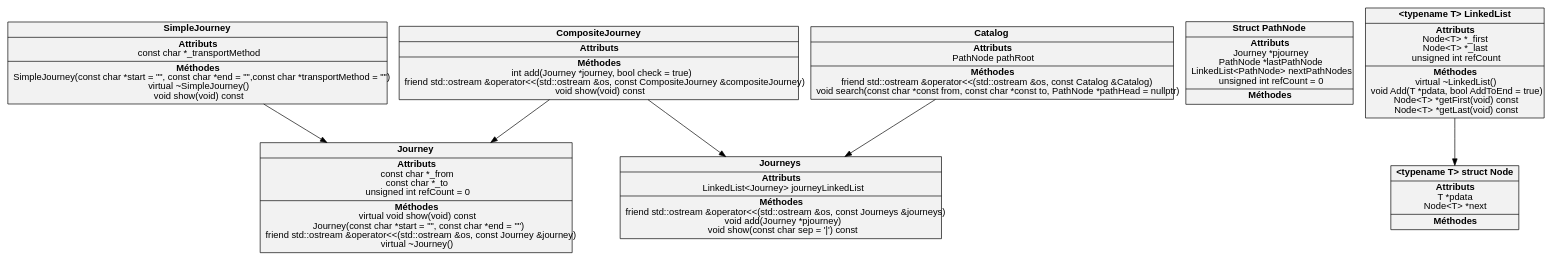
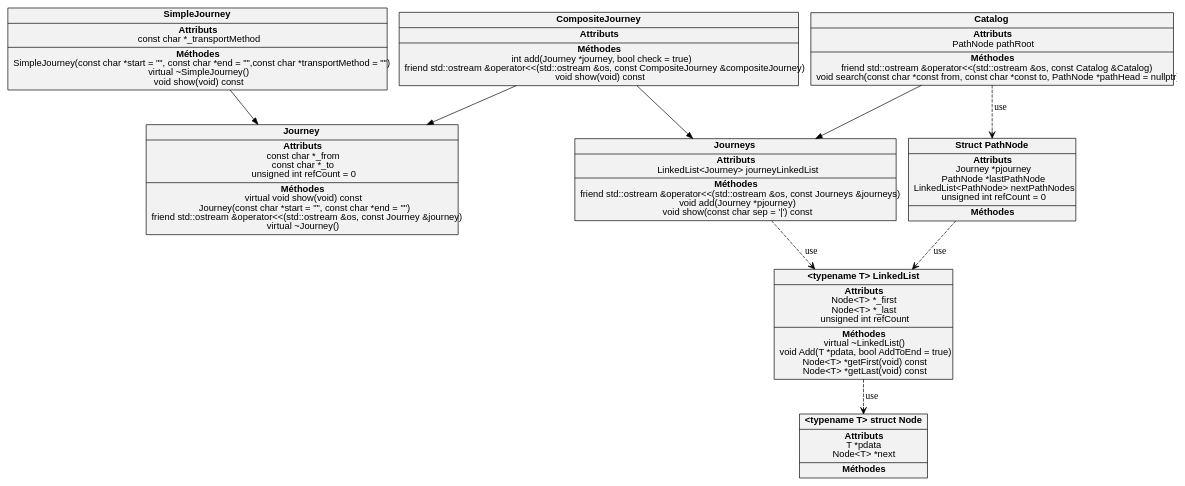
One commit to Snownamida/Cpp-TP2 changed the diagram in 架构图/héritage.dot. Above: the diagram before and after it, drawn with Graphviz. The commit also changed 1 other file, not shown here.

```diff
--- a/架构图/héritage.dot
+++ b/架构图/héritage.dot
@@ -1,49 +1,40 @@
-
 digraph graphname {
+    node [fontname = "Helvetica,Arial,sans-serif"; shape = record; style = filled; fillcolor = gray95;];
     
-	node [
-		fontname="Helvetica,Arial,sans-serif"
-		shape=record
-		style=filled
-		fillcolor=gray95
-	]
     
-
     
-
-	"Journey" [label = <{<b>Journey</b>  |<b>Attributs</b><br/>const char *_from<br/>const char *_to<br/>unsigned int refCount = 0|<b>Méthodes</b><br/>virtual void show(void) const<br/>Journey(const char *start = &quot;&quot;, const char *end = &quot;&quot;)<br/>friend std::ostream &amp;operator&lt;&lt;(std::ostream &amp;os, const Journey &amp;journey)<br/>virtual ~Journey()}>;];
-
-
-	"SimpleJourney" [label = <{<b>SimpleJourney</b>  |<b>Attributs</b><br/>const char *_transportMethod|<b>Méthodes</b><br/>SimpleJourney(const char *start = &quot;&quot;, const char *end = &quot;&quot;,const char *transportMethod = &quot;&quot;)<br/>virtual ~SimpleJourney()<br/>void show(void) const}>;];
-
-
-	"Journeys" [label = <{<b>Journeys</b>  |<b>Attributs</b><br/>LinkedList&lt;Journey&gt; journeyLinkedList|<b>Méthodes</b><br/>friend std::ostream &amp;operator&lt;&lt;(std::ostream &amp;os, const Journeys &amp;journeys)<br/>void add(Journey *pjourney)<br/>void show(const char sep = &#x27;\|&#x27;) const}>;];
-
-
-	"Catalog" [label = <{<b>Catalog</b>  |<b>Attributs</b><br/>PathNode pathRoot<br/>|<b>Méthodes</b><br/>friend std::ostream &amp;operator&lt;&lt;(std::ostream &amp;os, const Catalog &amp;Catalog)<br/>void search(const char *const from, const char *const to, PathNode *pathHead = nullptr)}>;];
-
-
-	"Struct PathNode" [label = <{<b>Struct PathNode</b>  |<b>Attributs</b><br/>Journey *pjourney<br/>PathNode *lastPathNode<br/>LinkedList&lt;PathNode&gt; nextPathNodes<br/>unsigned int refCount = 0|<b>Méthodes</b>}>;];
-
-
-	"CompositeJourney" [label = <{<b>CompositeJourney</b>  |<b>Attributs</b>|<b>Méthodes</b><br/>int add(Journey *journey, bool check = true)<br/>friend std::ostream &amp;operator&lt;&lt;(std::ostream &amp;os, const CompositeJourney &amp;compositeJourney)<br/>void show(void) const}>;];
-
-
-	"<typename T> struct Node" [label = <{<b>&lt;typename T&gt; struct Node</b>  |<b>Attributs</b><br/>T *pdata<br/>Node&lt;T&gt; *next|<b>Méthodes</b>}>;];
-
-
-	"<typename T> LinkedList" [label = <{<b>&lt;typename T&gt; LinkedList</b>  |<b>Attributs</b><br/>Node&lt;T&gt; *_first<br/>Node&lt;T&gt; *_last<br/>unsigned int refCount|<b>Méthodes</b><br/>virtual ~LinkedList()<br/>void Add(T *pdata, bool AddToEnd = true)<br/>Node&lt;T&gt; *getFirst(void) const<br/>Node&lt;T&gt; *getLast(void) const}>;];
-
-    CompositeJourney; 
-    Journeys;
-    Catalog;
+    
+    "Journey" [label = <{<b>Journey</b>  |<b>Attributs</b><br/>const char *_from<br/>const char *_to<br/>unsigned int refCount = 0|<b>Méthodes</b><br/>virtual void show(void) const<br/>Journey(const char *start = &quot;&quot;, const char *end = &quot;&quot;)<br/>friend std::ostream &amp;operator&lt;&lt;(std::ostream &amp;os, const Journey &amp;journey)<br/>virtual ~Journey()}>;];
+    
+    
+    "SimpleJourney" [label = <{<b>SimpleJourney</b>  |<b>Attributs</b><br/>const char *_transportMethod|<b>Méthodes</b><br/>SimpleJourney(const char *start = &quot;&quot;, const char *end = &quot;&quot;,const char *transportMethod = &quot;&quot;)<br/>virtual ~SimpleJourney()<br/>void show(void) const}>;];
+    
+    
+    "Journeys" [label = <{<b>Journeys</b>  |<b>Attributs</b><br/>LinkedList&lt;Journey&gt; journeyLinkedList|<b>Méthodes</b><br/>friend std::ostream &amp;operator&lt;&lt;(std::ostream &amp;os, const Journeys &amp;journeys)<br/>void add(Journey *pjourney)<br/>void show(const char sep = &#x27;\|&#x27;) const}>;];
+    
+    
+    "Catalog" [label = <{<b>Catalog</b>  |<b>Attributs</b><br/>PathNode pathRoot<br/>|<b>Méthodes</b><br/>friend std::ostream &amp;operator&lt;&lt;(std::ostream &amp;os, const Catalog &amp;Catalog)<br/>void search(const char *const from, const char *const to, PathNode *pathHead = nullptr)}>;];
+    
+    
+    "Struct PathNode" [label = <{<b>Struct PathNode</b>  |<b>Attributs</b><br/>Journey *pjourney<br/>PathNode *lastPathNode<br/>LinkedList&lt;PathNode&gt; nextPathNodes<br/>unsigned int refCount = 0|<b>Méthodes</b>}>;];
+    
+    
+    "CompositeJourney" [label = <{<b>CompositeJourney</b>  |<b>Attributs</b>|<b>Méthodes</b><br/>int add(Journey *journey, bool check = true)<br/>friend std::ostream &amp;operator&lt;&lt;(std::ostream &amp;os, const CompositeJourney &amp;compositeJourney)<br/>void show(void) const}>;];
+    
+    
+    "<typename T> struct Node" [label = <{<b>&lt;typename T&gt; struct Node</b>  |<b>Attributs</b><br/>T *pdata<br/>Node&lt;T&gt; *next|<b>Méthodes</b>}>;];
+    
+    
+    "<typename T> LinkedList" [label = <{<b>&lt;typename T&gt; LinkedList</b>  |<b>Attributs</b><br/>Node&lt;T&gt; *_first<br/>Node&lt;T&gt; *_last<br/>unsigned int refCount|<b>Méthodes</b><br/>virtual ~LinkedList()<br/>void Add(T *pdata, bool AddToEnd = true)<br/>Node&lt;T&gt; *getFirst(void) const<br/>Node&lt;T&gt; *getLast(void) const}>;];
     
     Catalog -> Journeys;
     CompositeJourney -> Journeys;
     CompositeJourney -> Journey;
     SimpleJourney -> Journey;
-
-	edge [xdir=back arrowtail=odiamond]
-	"<typename T> LinkedList" -> "<typename T> struct Node" [lxable="use"]
     
+    edge [arrowhead = vee; style = dashed;];
+    "<typename T> LinkedList" -> "<typename T> struct Node" [label = use;];
+    Catalog -> "Struct PathNode" [label = use;];
+    "Struct PathNode" -> "<typename T> LinkedList" [label = use;];
+    Journeys -> "<typename T> LinkedList" [label = use;];
 }
```
